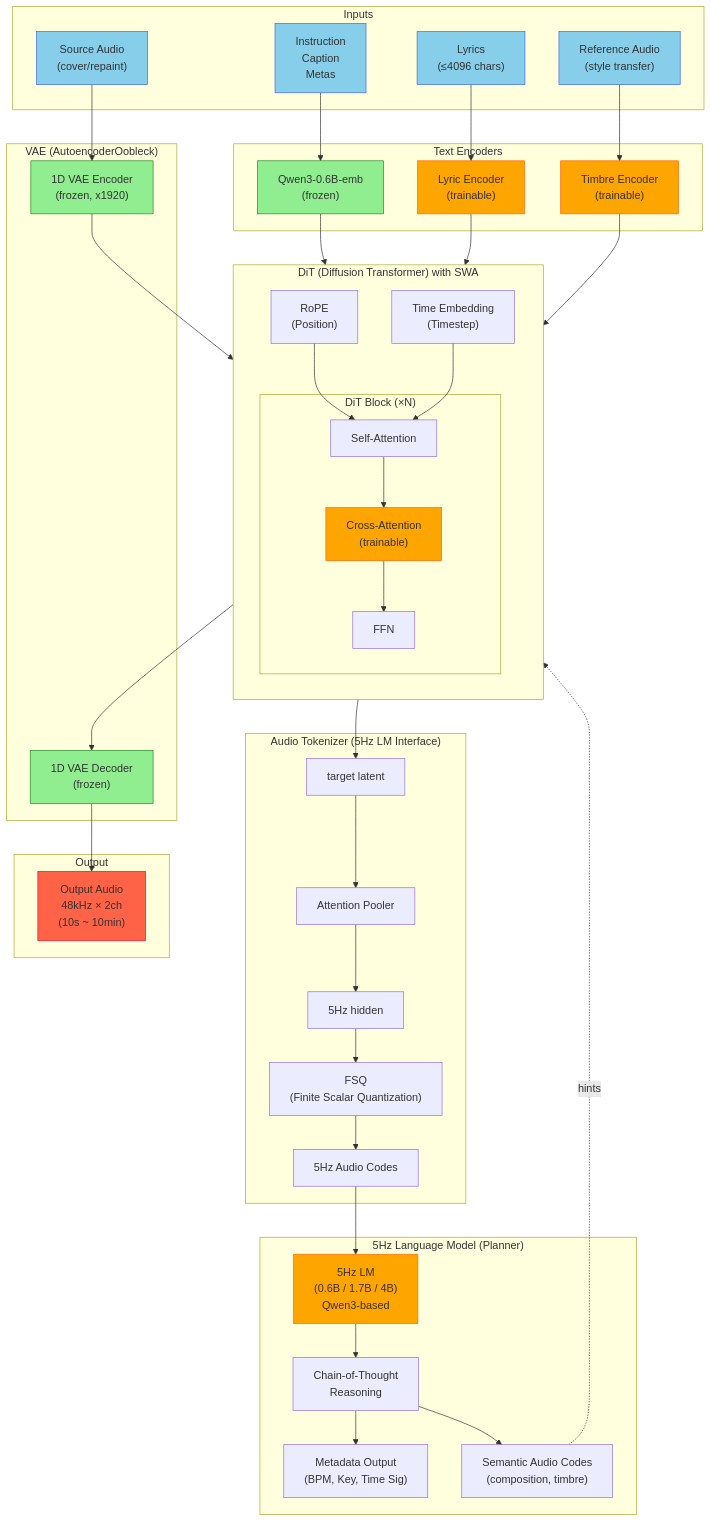
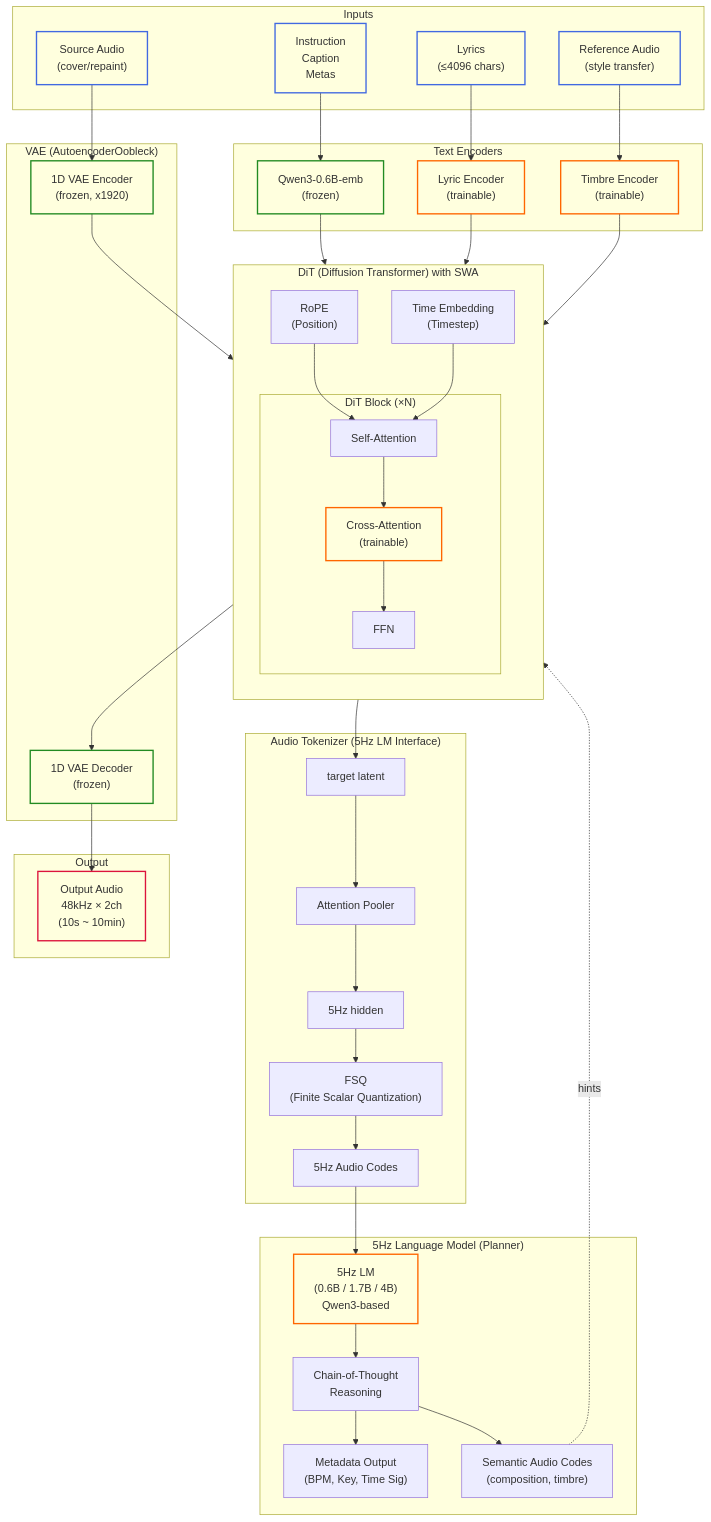
One commit to koteitan/ace-step-1.5 changed the diagram in mydoc/ARCHITECTURE.md. Above: the diagram before and after it, drawn with Mermaid. The commit also changed 1 other file, not shown here.

Commit message:
Make diagram backgrounds transparent for readability
- Remove fill colors from Mermaid nodes, use stroke-only styling
- Remove fill colors from Graphviz nodes, use border color only
- Set all backgrounds to transparent/none
- Maintain color-coded borders for component types

https://claude.ai/code/session_012eX7cMiaddzYx6BEAymBLJ

```diff
--- a/mydoc/ARCHITECTURE.md
+++ b/mydoc/ARCHITECTURE.md
@@ -94,11 +94,11 @@
 
     vae_dec --> output_audio
 
-    %% Styling
-    classDef frozen fill:#90EE90,stroke:#228B22
-    classDef trainable fill:#FFA500,stroke:#FF6600
-    classDef input fill:#87CEEB,stroke:#4169E1
-    classDef output fill:#FF6347,stroke:#DC143C
+    %% Styling - transparent backgrounds with colored borders
+    classDef frozen fill:none,stroke:#228B22,stroke-width:2px
+    classDef trainable fill:none,stroke:#FF6600,stroke-width:2px
+    classDef input fill:none,stroke:#4169E1,stroke-width:2px
+    classDef output fill:none,stroke:#DC143C,stroke-width:2px
 
     class qwen3,vae_enc,vae_dec frozen
     class lyric_enc,timbre_enc,cross_attn,lm_model trainable
```
